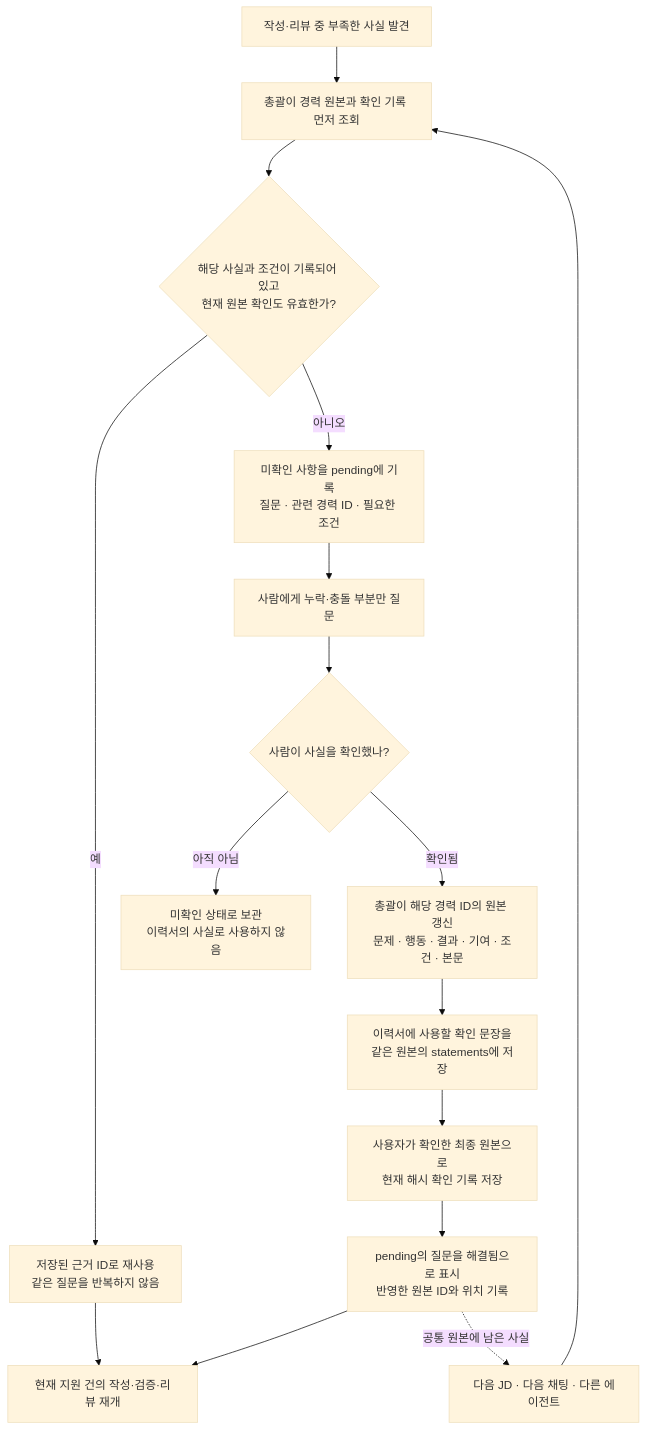
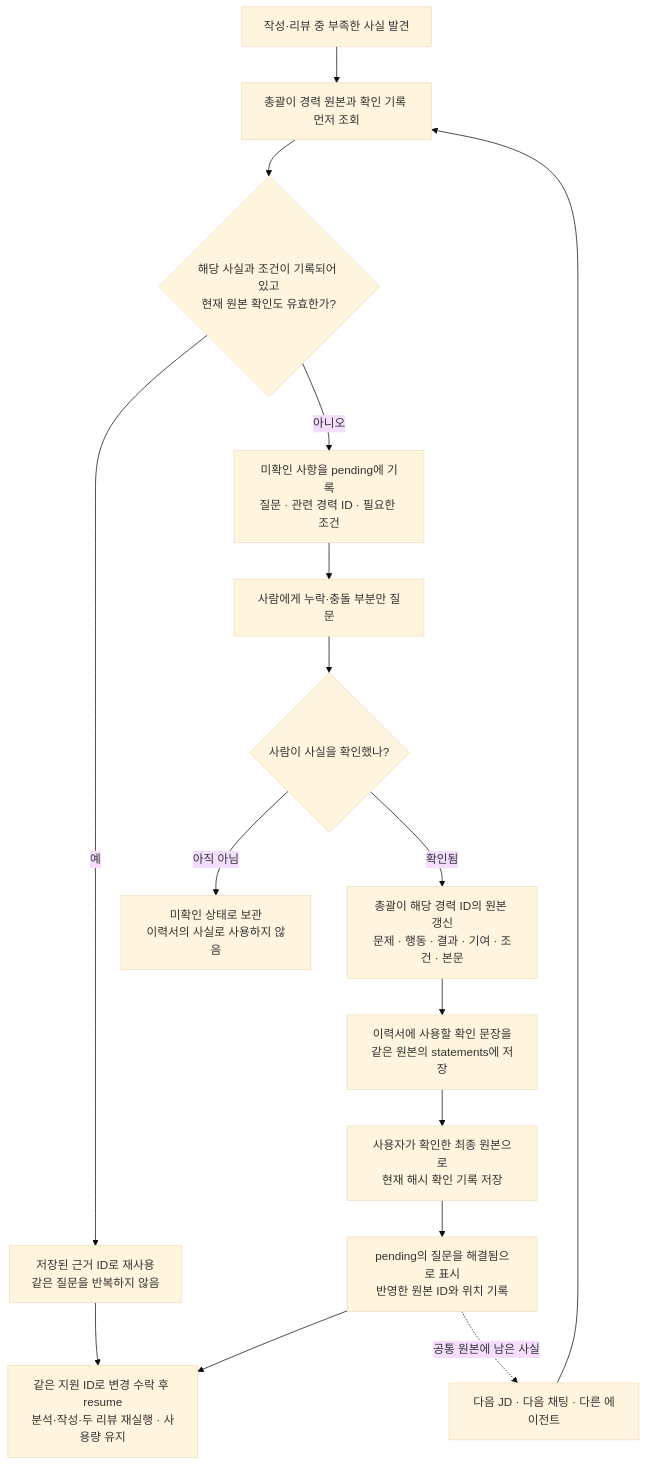
One commit to doveloper17/career-hub changed the fourth of 6 diagrams in docs/WORKFLOW.md. Above: the diagram before and after it, drawn with Mermaid (base theme). The commit also changed other lines of this file and 78 other files, not shown here.

````diff
--- a/docs/WORKFLOW.md
+++ b/docs/WORKFLOW.md
@@ -97,25 +148,25 @@
 ```mermaid
 flowchart TD
     need["작성·리뷰 중 부족한 사실 발견"]
     read["총괄이 경력 원본과 확인 기록 먼저 조회"]
     exists{"해당 사실과 조건이 기록되어 있고<br/>현재 원본 확인도 유효한가?"}
     reuse["저장된 근거 ID로 재사용<br/>같은 질문을 반복하지 않음"]
     pending["미확인 사항을 pending에 기록<br/>질문 · 관련 경력 ID · 필요한 조건"]
     ask["사람에게 누락·충돌 부분만 질문"]
     answer{"사람이 사실을 확인했나?"}
     wait["미확인 상태로 보관<br/>이력서의 사실로 사용하지 않음"]
     persist["총괄이 해당 경력 ID의 원본 갱신<br/>문제 · 행동 · 결과 · 기여 · 조건 · 본문"]
     statement["이력서에 사용할 확인 문장을<br/>같은 원본의 statements에 저장"]
     approve["사용자가 확인한 최종 원본으로<br/>현재 해시 확인 기록 저장"]
     close["pending의 질문을 해결됨으로 표시<br/>반영한 원본 ID와 위치 기록"]
-    resume["현재 지원 건의 작성·검증·리뷰 재개"]
+    resume["같은 지원 ID로 변경 수락 후 resume<br/>분석·작성·두 리뷰 재실행 · 사용량 유지"]
     next["다음 JD · 다음 채팅 · 다른 에이전트"]
 
     need --> read --> exists
     exists -- "예" --> reuse --> resume
     exists -- "아니오" --> pending --> ask --> answer
     answer -- "아직 아님" --> wait
     answer -- "확인됨" --> persist --> statement --> approve --> close --> resume
     close -. "공통 원본에 남은 사실" .-> next
     next --> read
 ```
````
